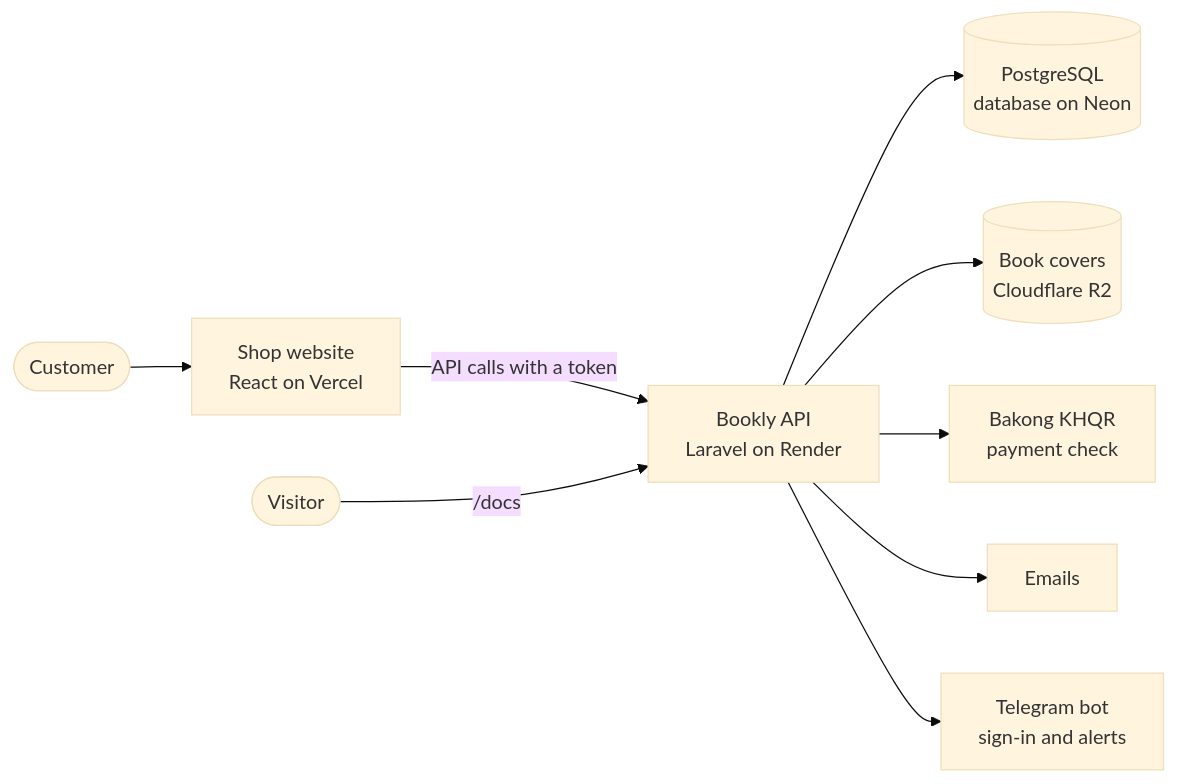
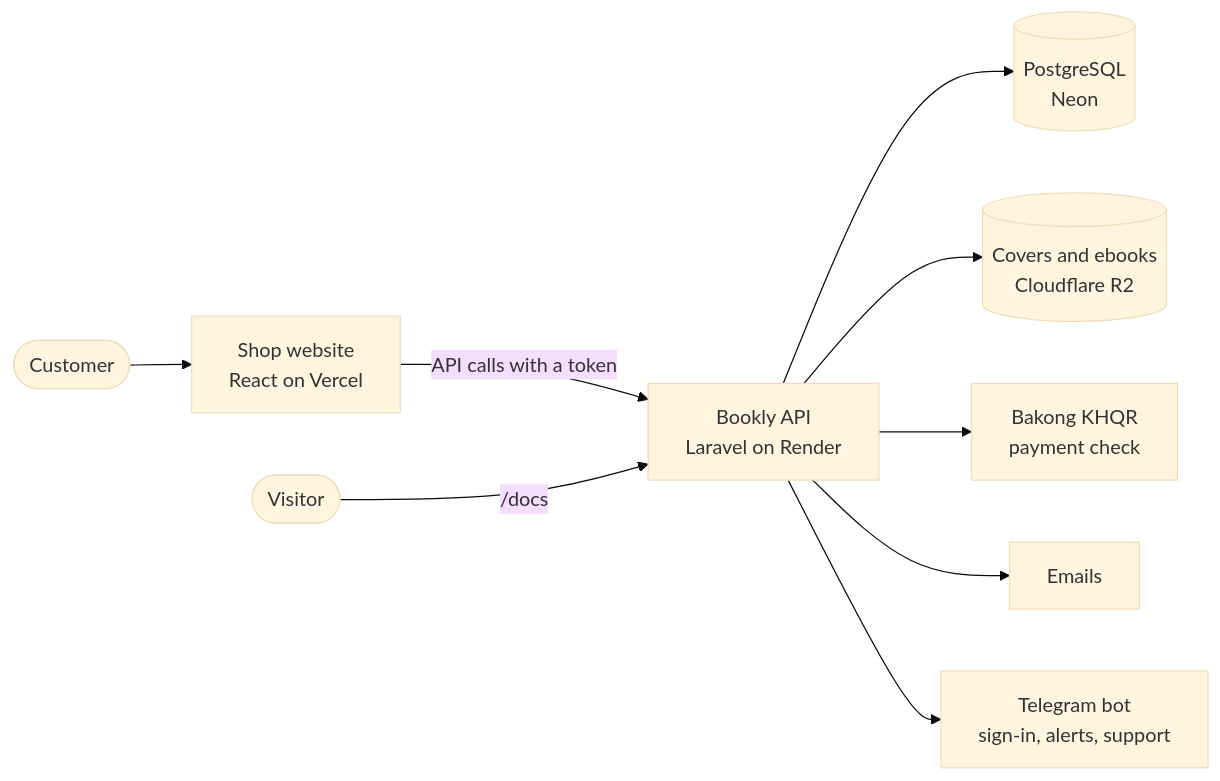
The first of 2 diagrams in README.md (danishsary8/bookly_backend_v2), drawn with Mermaid (base theme) before and after one commit. The commit also changed other lines of this file and 1 other file, not shown here.

````diff
--- a/README.md
+++ b/README.md
@@ -78,11 +95,11 @@
 ```mermaid
 flowchart LR
     Customer([Customer]) --> Shop[Shop website<br/>React on Vercel]
     Shop -->|API calls with a token| API[Bookly API<br/>Laravel on Render]
     Visitor([Visitor]) -->|/docs| API
-    API --> DB[(PostgreSQL<br/>database on Neon)]
-    API --> R2[(Book covers<br/>Cloudflare R2)]
+    API --> DB[(PostgreSQL<br/>Neon)]
+    API --> R2[(Covers and ebooks<br/>Cloudflare R2)]
     API --> Bakong[Bakong KHQR<br/>payment check]
     API --> Email[Emails]
-    API --> Telegram[Telegram bot<br/>sign-in and alerts]
+    API --> Telegram[Telegram bot<br/>sign-in, alerts, support]
 ```
````
